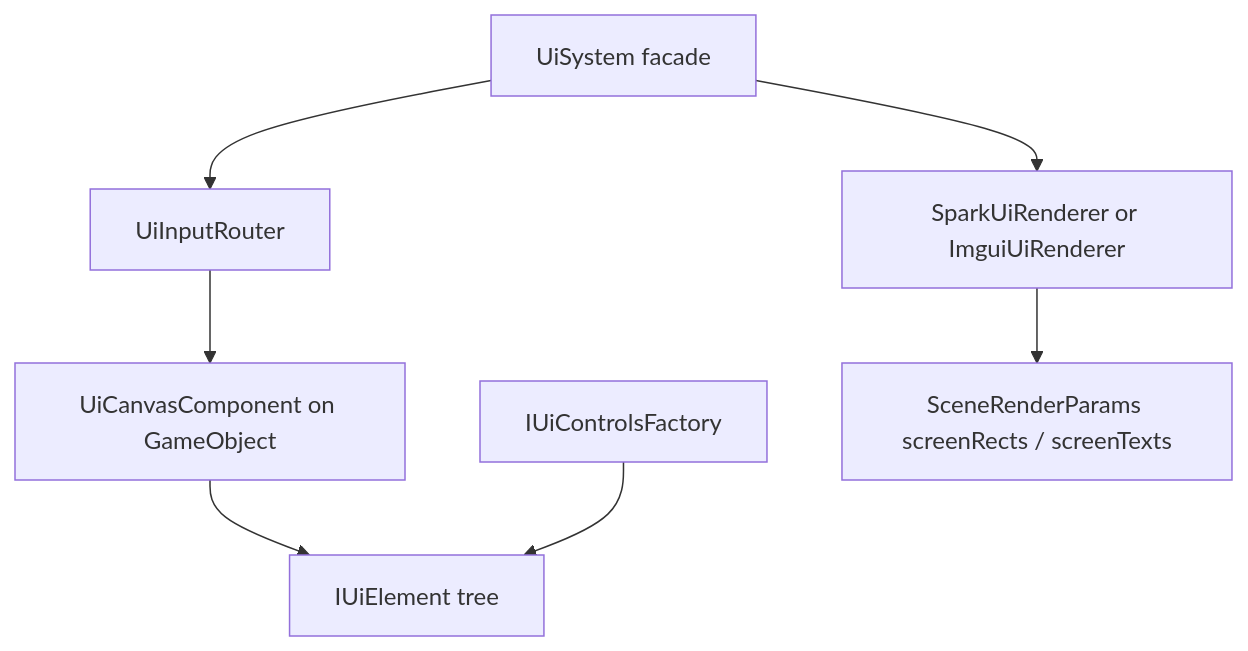
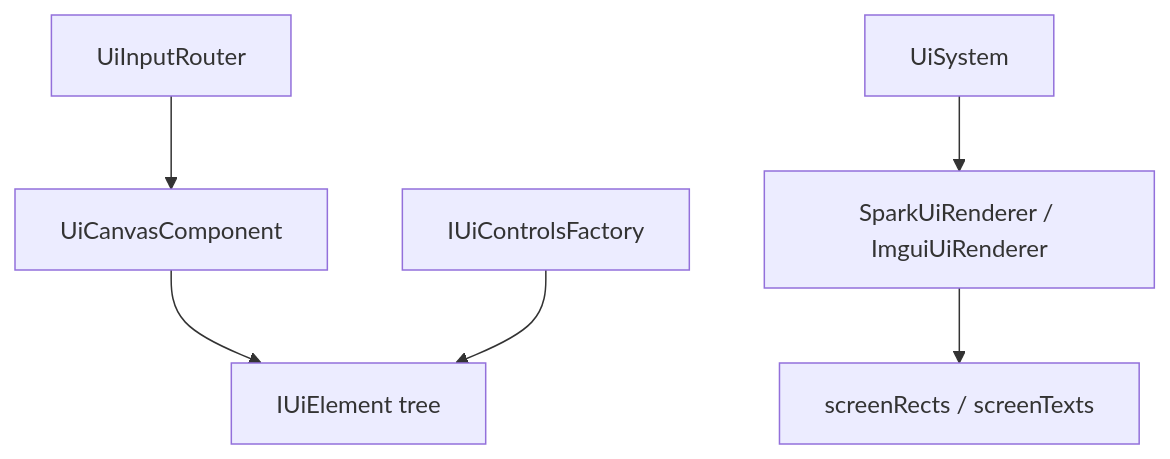
One commit to hoihky/spark changed the first of 2 diagrams in docs/programming-guide/1-overview-architecture/08-ui-and-toolkits.md. Above: the diagram before and after it, drawn with Mermaid. The commit also changed other lines of this file and 232 other files, not shown here.

````diff
--- a/docs/programming-guide/1-overview-architecture/08-ui-and-toolkits.md
+++ b/docs/programming-guide/1-overview-architecture/08-ui-and-toolkits.md
@@ -16,9 +18,8 @@
 ```mermaid
 flowchart TB
-    ECS[UiCanvasComponent on GameObject] --> Tree[IUiElement tree]
+    ECS[UiCanvasComponent] --> Tree[IUiElement tree]
     Factory[IUiControlsFactory] --> Tree
     Router[UiInputRouter] --> ECS
-    System[UiSystem facade] --> Router
-    System --> Paint[SparkUiRenderer or ImguiUiRenderer]
-    Paint --> SRP[SceneRenderParams screenRects / screenTexts]
+    System[UiSystem] --> Paint[SparkUiRenderer / ImguiUiRenderer]
+    Paint --> SRP[screenRects / screenTexts]
 ```
````
